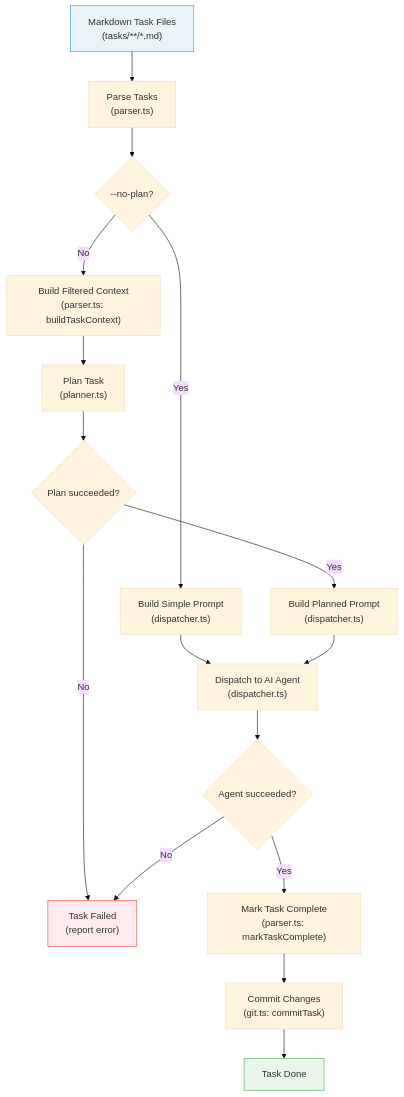
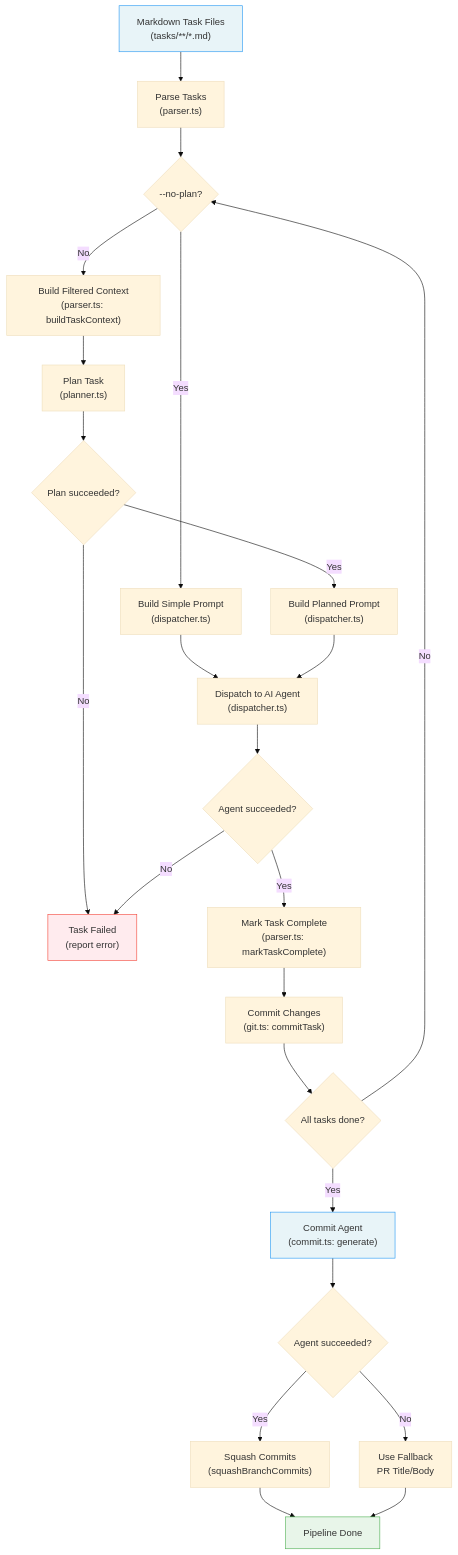
The first of 3 diagrams in docs/planning-and-dispatch/overview.md (PatrickRuddiman/Dispatch), drawn with Mermaid (base theme) before and after one commit. The commit also changed other lines of this file and 51 other files, not shown here.

````diff
--- a/docs/planning-and-dispatch/overview.md
+++ b/docs/planning-and-dispatch/overview.md
@@ -24,22 +24,30 @@
 ```mermaid
 flowchart TD
     A["Markdown Task Files<br/>(tasks/**/*.md)"] --> B["Parse Tasks<br/>(parser.ts)"]
     B --> C{"--no-plan?"}
     C -- "Yes" --> E["Build Simple Prompt<br/>(dispatcher.ts)"]
     C -- "No" --> D["Build Filtered Context<br/>(parser.ts: buildTaskContext)"]
     D --> F["Plan Task<br/>(planner.ts)"]
     F --> G{"Plan succeeded?"}
     G -- "No" --> H["Task Failed<br/>(report error)"]
     G -- "Yes" --> I["Build Planned Prompt<br/>(dispatcher.ts)"]
     E --> J["Dispatch to AI Agent<br/>(dispatcher.ts)"]
     I --> J
     J --> K{"Agent succeeded?"}
     K -- "No" --> H
     K -- "Yes" --> L["Mark Task Complete<br/>(parser.ts: markTaskComplete)"]
     L --> M["Commit Changes<br/>(git.ts: commitTask)"]
-    M --> N["Task Done"]
+    M --> N{"All tasks done?"}
+    N -- "No" --> C
+    N -- "Yes" --> O["Commit Agent<br/>(commit.ts: generate)"]
+    O --> P2{"Agent succeeded?"}
+    P2 -- "Yes" --> Q["Squash Commits<br/>(squashBranchCommits)"]
+    P2 -- "No" --> R["Use Fallback<br/>PR Title/Body"]
+    Q --> S["Pipeline Done"]
+    R --> S
 
     style A fill:#e8f4f8,stroke:#2196F3
-    style N fill:#e8f5e9,stroke:#4CAF50
+    style S fill:#e8f5e9,stroke:#4CAF50
     style H fill:#ffebee,stroke:#f44336
+    style O fill:#e8f4f8,stroke:#2196F3
 ```
````
